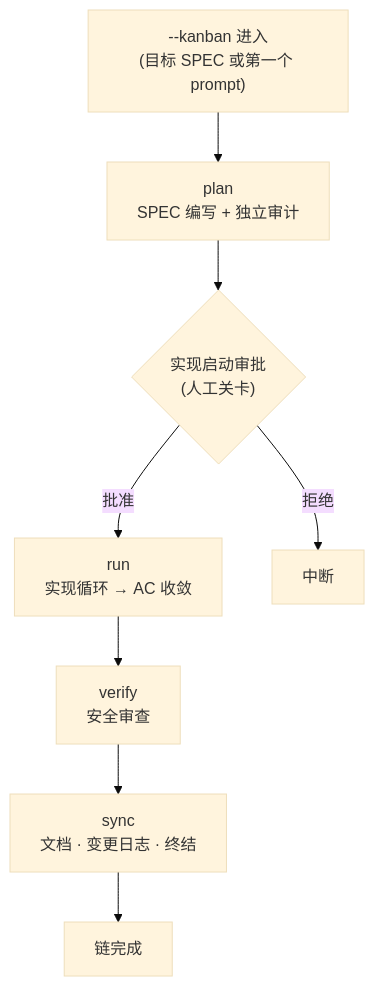
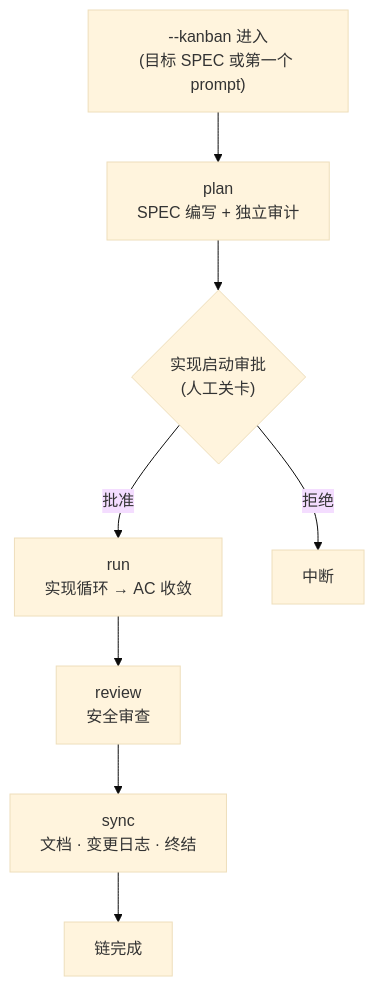
One commit to modu-ai/moai-adk changed the second of 2 diagrams in docs-site/content/zh/advanced/kanban-mode.md. Above: the diagram before and after it, drawn with Mermaid (base theme). The commit also changed other lines of this file and 7 other files, not shown here.

````diff
--- a/docs-site/content/zh/advanced/kanban-mode.md
+++ b/docs-site/content/zh/advanced/kanban-mode.md
@@ -200,10 +200,10 @@
 ```mermaid
 flowchart TD
     Entry["--kanban 进入<br/>(目标 SPEC 或第一个 prompt)"] --> Plan["plan<br/>SPEC 编写 + 独立审计"]
     Plan --> Gate1{"实现启动审批<br/>(人工关卡)"}
     Gate1 -->|"批准"| Run["run<br/>实现循环 → AC 收敛"]
     Gate1 -->|"拒绝"| Stop1["中断"]
-    Run --> Verify["verify<br/>安全审查"]
-    Verify --> Sync["sync<br/>文档 · 变更日志 · 终结"]
+    Run --> Review["review<br/>安全审查"]
+    Review --> Sync["sync<br/>文档 · 变更日志 · 终结"]
     Sync --> Done["链完成"]
 ```
````
